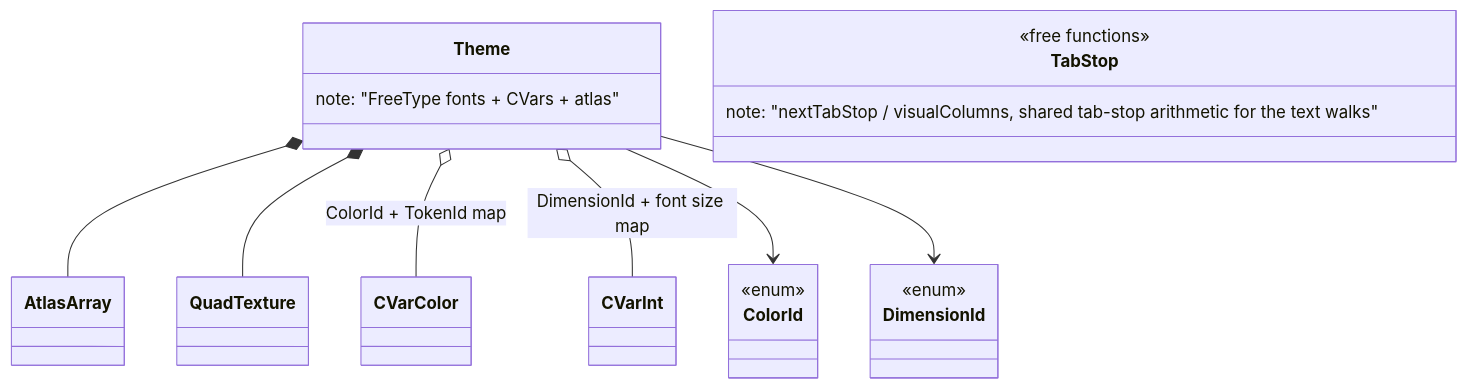
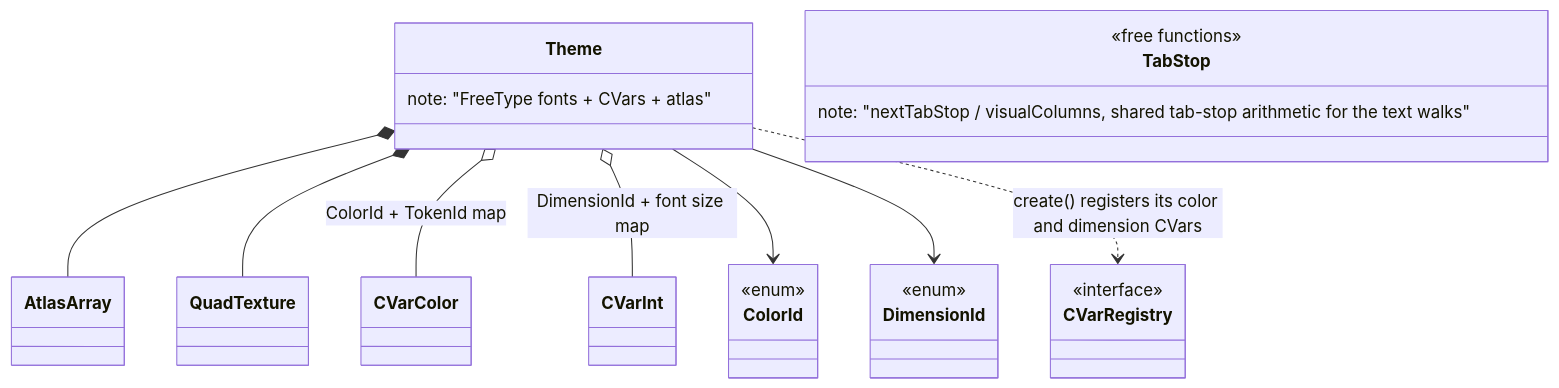
Before and after one commit to notnotme/bbloc: the seventh of 10 diagrams in docs/class_diagram.md, drawn with Mermaid. The commit also changed 3 other files, not shown here.

First line of the commit message:
Register the theme CVars through CVarRegistry

````diff
--- a/docs/class_diagram.md
+++ b/docs/class_diagram.md
@@ -214,27 +214,31 @@
 ```mermaid
 classDiagram
     class Theme {
         note: "FreeType fonts + CVars + atlas"
     }
     class TabStop {
         <<free functions>>
         note: "nextTabStop / visualColumns, shared tab-stop arithmetic for the text walks"
     }
     class ColorId {
         <<enum>>
     }
     class DimensionId {
         <<enum>>
     }
+    class CVarRegistry {
+        <<interface>>
+    }
     class AtlasArray
     class QuadTexture
     class CVarColor
     class CVarInt
 
     Theme *-- AtlasArray
     Theme *-- QuadTexture
     Theme o-- CVarColor : ColorId + TokenId map
     Theme o-- CVarInt : DimensionId + font size map
     Theme --> ColorId
     Theme --> DimensionId
+    Theme ..> CVarRegistry : create() registers its color and dimension CVars
 ```
````
